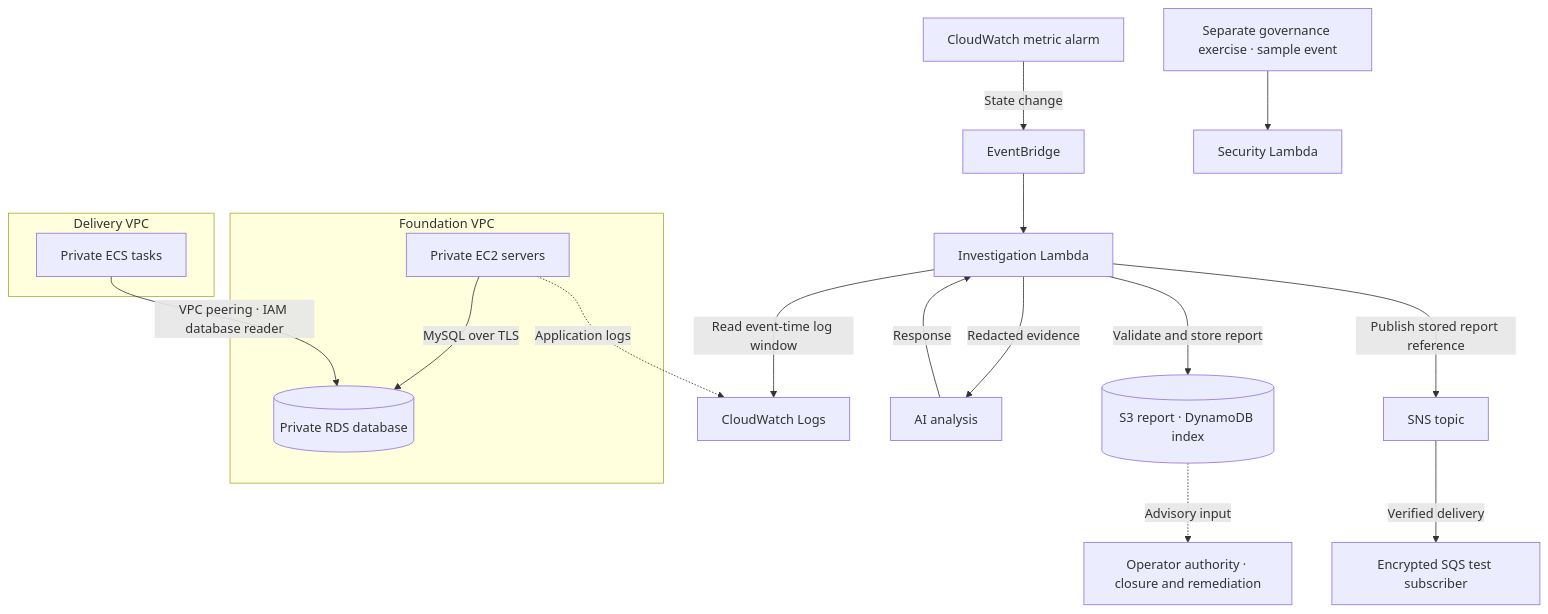
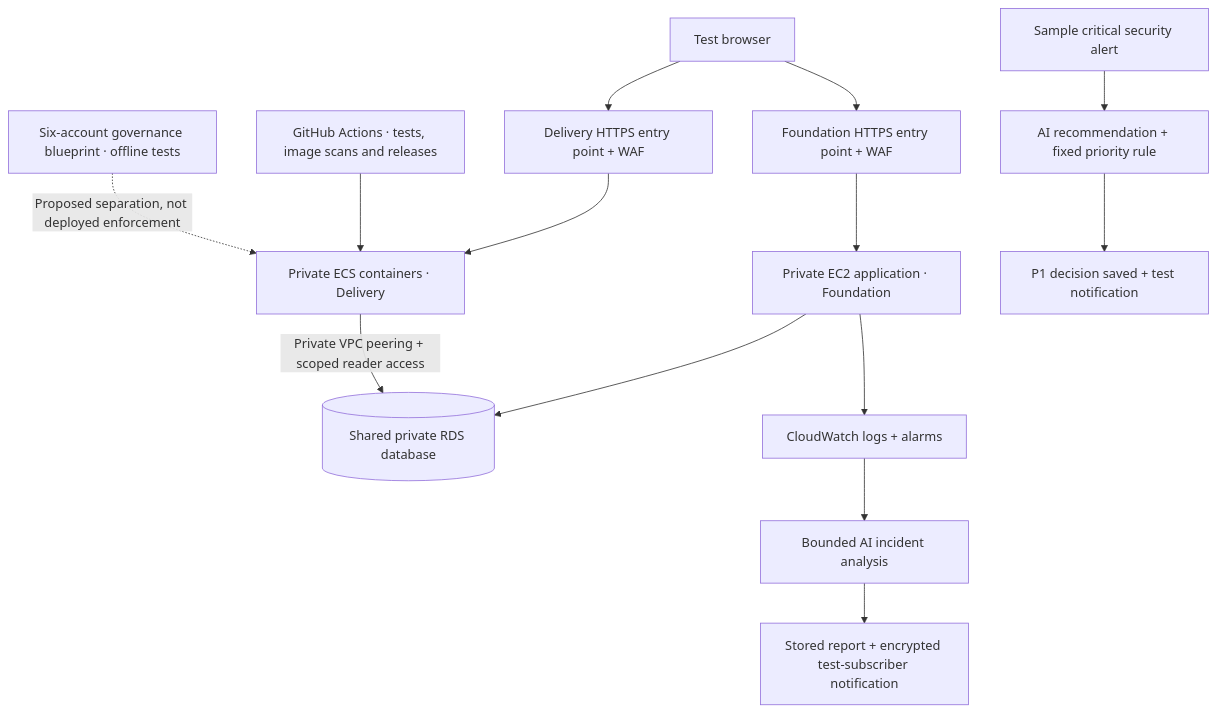
The diagram in README.md (JNHolman/RSVP-Cloud-Platform), drawn with Mermaid before and after one commit. The commit also changed other lines of this file and 5 other files, not shown here.

````diff
--- a/README.md
+++ b/README.md
@@ -17,21 +59,16 @@
-```mermaid
+~~~mermaid
 flowchart TB
-  subgraph foundation["Foundation VPC"]
-    vm["Private EC2 servers"] -->|MySQL over TLS| db[("Private RDS database")]
-  end
-  subgraph delivery["Delivery VPC"]
-    tasks["Private ECS tasks"]
-  end
-  tasks -->|VPC peering · IAM database reader| db
-  metric["CloudWatch metric alarm"] -->|State change| events["EventBridge"]
-  events --> analyst["Investigation Lambda"]
-  vm -. Application logs .-> logs["CloudWatch Logs"]
-  analyst -->|Read event-time log window| logs
-  analyst -->|Redacted evidence| ai["AI analysis"]
-  ai -->|Response| analyst
-  analyst -->|Validate and store report| report[("S3 report · DynamoDB index")]
-  analyst -->|Publish stored report reference| sns["SNS topic"]
-  sns -->|Verified delivery| queue["Encrypted SQS test subscriber"]
-  report -. Advisory input .-> operator["Operator authority · closure and remediation"]
-  sec["Separate governance exercise · sample event"] --> triage["Security Lambda"]
-```
+    visitor["Test browser"] --> edge["Foundation HTTPS entry point + WAF"]
+    visitor --> edge2["Delivery HTTPS entry point + WAF"]
+    edge --> ec2["Private EC2 application · Foundation"]
+    edge2 --> ecs["Private ECS containers · Delivery"]
+    ec2 --> db[("Shared private RDS database")]
+    ecs -->|"Private VPC peering + scoped reader access"| db
+    actions["GitHub Actions · tests, image scans and releases"] --> ecs
+    ec2 --> logs["CloudWatch logs + alarms"]
+    logs --> investigation["Bounded AI incident analysis"]
+    investigation --> evidence["Stored report + encrypted test-subscriber notification"]
+    governance["Six-account governance blueprint · offline tests"] -. "Proposed separation, not deployed enforcement" .-> ecs
+    sample["Sample critical security alert"] --> triage["AI recommendation + fixed priority rule"]
+    triage --> security["P1 decision saved + test notification"]
+~~~
````
